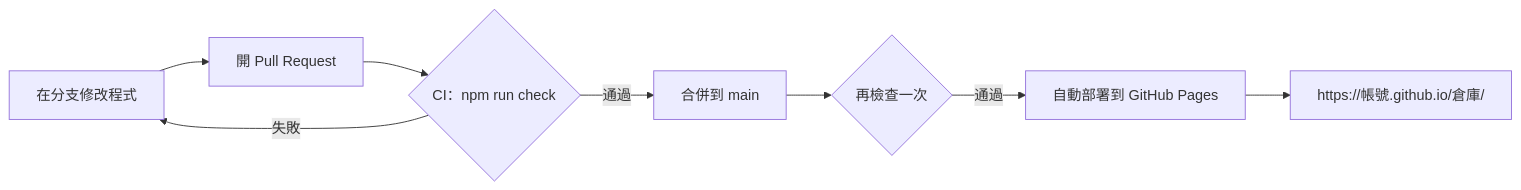
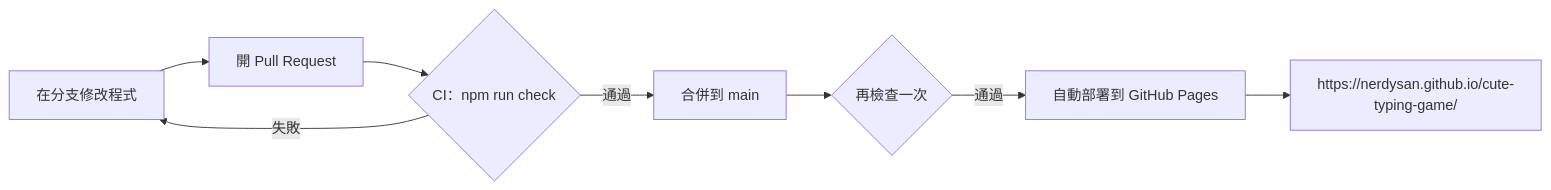
One commit to NerdySan/cute-typing-game changed the diagram in docs/CICD.md. Above: the diagram before and after it, drawn with Mermaid. The commit also changed other lines of this file and 10 other files, not shown here.

````diff
--- a/docs/CICD.md
+++ b/docs/CICD.md
@@ -12,10 +12,10 @@
 ```mermaid
 flowchart LR
     A[在分支修改程式] --> B[開 Pull Request]
     B --> C{CI：npm run check}
     C -- 失敗 --> A
     C -- 通過 --> D[合併到 main]
     D --> E{再檢查一次}
     E -- 通過 --> F[自動部署到 GitHub Pages]
-    F --> G[https://帳號.github.io/倉庫/]
+    F --> G[https://nerdysan.github.io/cute-typing-game/]
 ```
````
